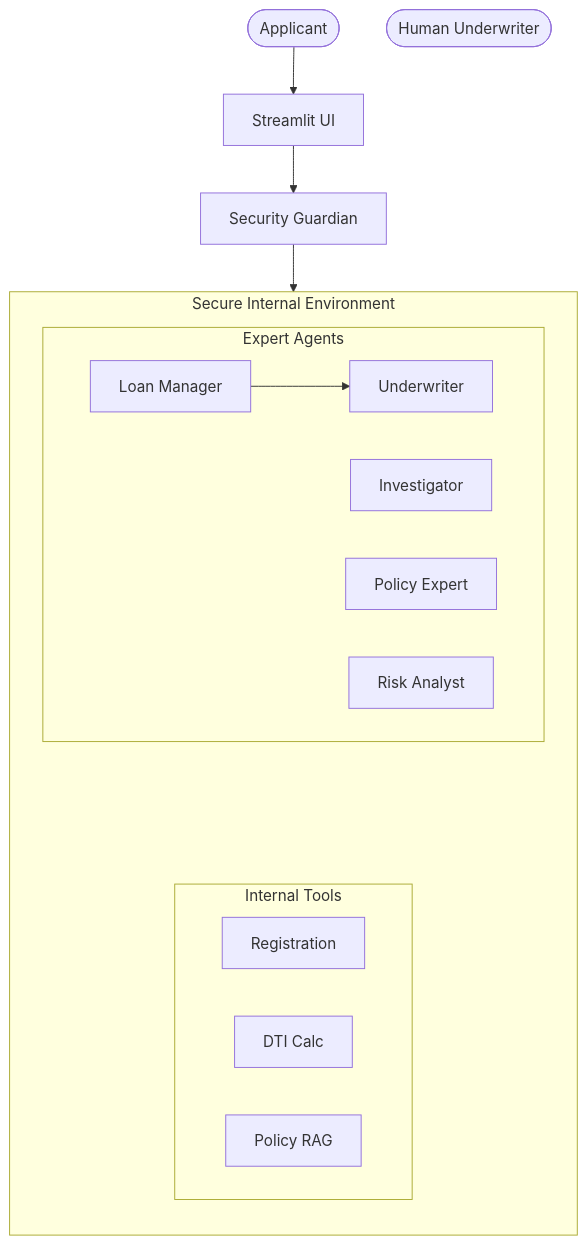
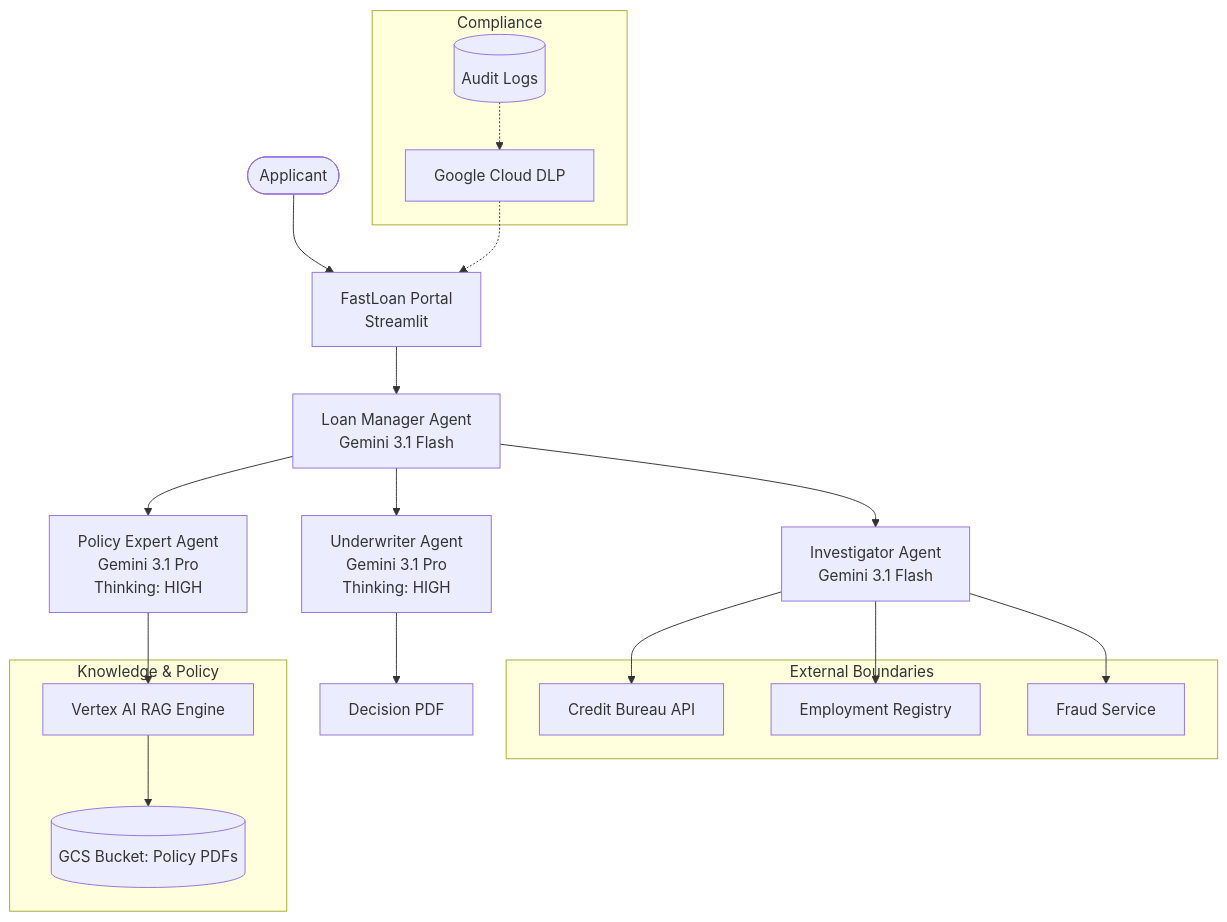
One commit to brendanhills/uk-bh-cch-demos changed the diagram in loan-approval-agent/docs/diagrams/architecture_high_level.mmd. Above: the diagram before and after it, drawn with Mermaid. The commit also changed 60 other files, not shown here.

Commit message:
feat(rag): Integrate Vertex AI RAG Engine and Cloud DLP, consolidate data boundaries, and polish demo UI

```diff
--- a/loan-approval-agent/docs/diagrams/architecture_high_level.mmd
+++ b/loan-approval-agent/docs/diagrams/architecture_high_level.mmd
@@ -1,32 +1,30 @@
 graph TD
-    %% Top Level
-    User([Applicant])
-    Human([Human Underwriter])
+    User([Applicant]) --> UI[FastLoan Portal<br/>Streamlit]
+    UI --> Manager[Loan Manager Agent<br/>Gemini 3.1 Flash]
+    
+    Manager --> Invest[Investigator Agent<br/>Gemini 3.1 Flash]
+    Manager --> Policy[Policy Expert Agent<br/>Gemini 3.1 Pro<br/>Thinking: HIGH]
+    Manager --> Underwriter[Underwriter Agent<br/>Gemini 3.1 Pro<br/>Thinking: HIGH]
 
-    User --> UI[Streamlit UI]
-    UI --> Guard[Security Guardian]
-    Guard --> Manager
+    subgraph "External Boundaries"
+        Bureau[Credit Bureau API]
+        Registry[Employment Registry]
+        Fraud[Fraud Service]
+    end
 
-    subgraph Secure [Secure Internal Environment]
-        direction TB
-        
-        subgraph Agents [Expert Agents]
-            direction LR
-            Manager[Loan Manager]
-            Invest[Investigator]
-            Policy[Policy Expert]
-            Risk[Risk Analyst]
-            Underwriter[Underwriter]
-        end
+    subgraph "Knowledge & Policy"
+        RAG[Vertex AI RAG Engine]
+        GCS[(GCS Bucket: Policy PDFs)]
+    end
 
-        subgraph Tools [Internal Tools]
-            direction LR
-            T_Reg[Registration]
-            T_DTI[DTI Calc]
-            T_RAG[Policy RAG]
-           
-        end
+    subgraph "Compliance"
+        DLP[Google Cloud DLP]
+        Audit[(Audit Logs)]
+    end
 
-        Agents ~~~~ Tools
-        Manager --> Underwriter
-    end
+    Invest --> Bureau & Registry & Fraud
+    Policy --> RAG
+    RAG --> GCS
+    
+    Audit -.-> DLP -.-> UI
+    Underwriter --> PDF[Decision PDF]
```
